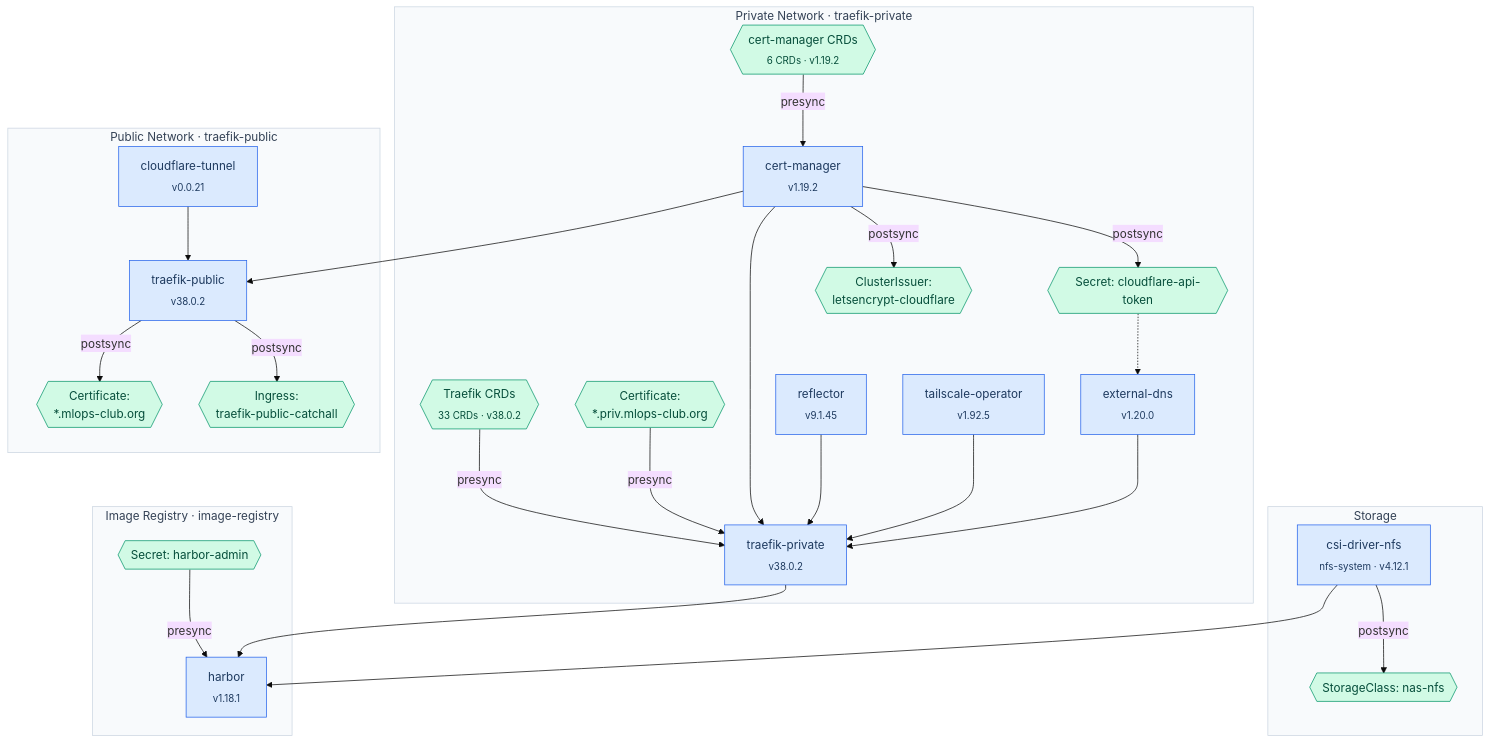
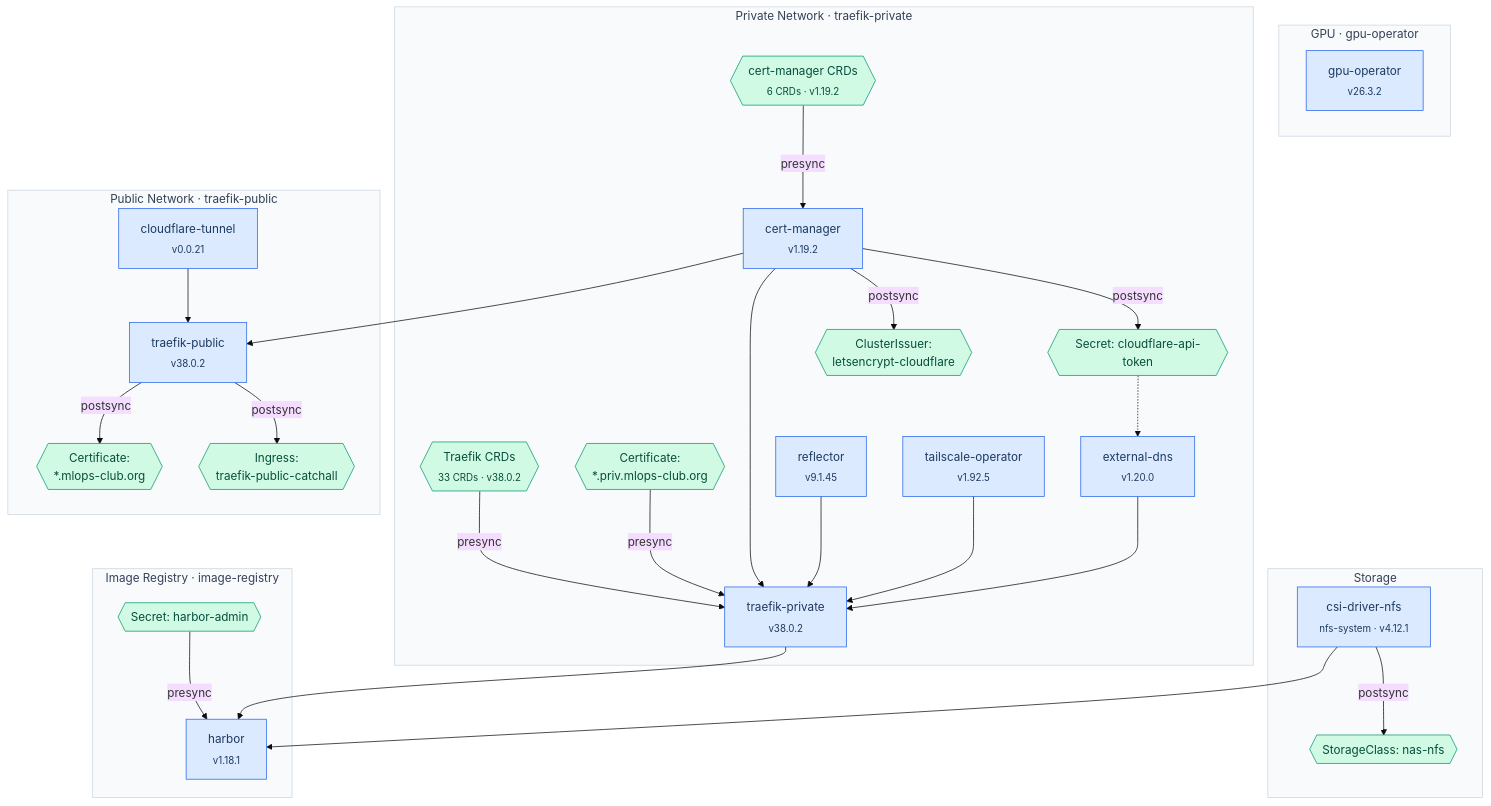
The diagram in README.md (mlops-club/homelab-cluster), drawn with Mermaid (base theme) before and after one commit. The commit also changed other lines of this file and 3 other files, not shown here.

First line of the commit message:
feat: deploy NVIDIA GPU Operator for GPU scheduling on cluster-node-4

```diff
--- a/README.md
+++ b/README.md
@@ -19,6 +19,11 @@
         NFS[csi-driver-nfs<br/><sub>nfs-system · v4.12.1</sub>]:::release
         SC{{StorageClass: nas-nfs}}:::hook
         NFS -- postsync --> SC
+    end
+
+    %% ── GPU ──────────────────────────────────────────────────────
+    subgraph gpu [GPU · gpu-operator]
+        GPU_OP[gpu-operator<br/><sub>v26.3.2</sub>]:::release
     end
 
     %% ── PRIVATE NETWORK ──────────────────────────────────────────
@@ -81,6 +86,7 @@
     classDef hook fill:#d1fae5,stroke:#059669,color:#064e3b
 
     style storage fill:#f8fafc,stroke:#cbd5e1,color:#334155
+    style gpu fill:#f8fafc,stroke:#cbd5e1,color:#334155
     style private fill:#f8fafc,stroke:#cbd5e1,color:#334155
     style public fill:#f8fafc,stroke:#cbd5e1,color:#334155
     style registry fill:#f8fafc,stroke:#cbd5e1,color:#334155
```
